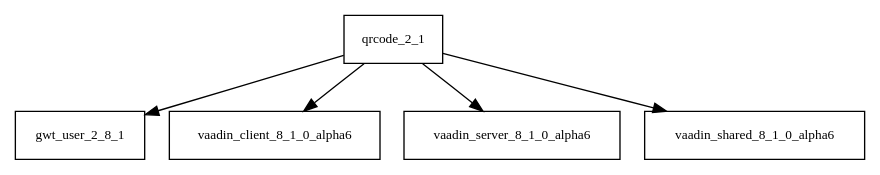
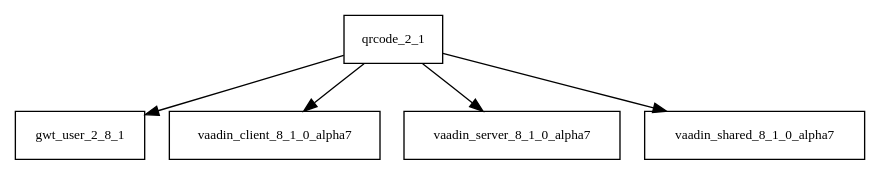
Before and after one commit to AglaianWoman/cia: the diagram in tattleTaleReport/graphviz/qrcode-2.1.jar/qrcode-2.1.jar.dot, drawn with Graphviz. The commit also changed 1067 other files, not shown here.

```diff
--- a/tattleTaleReport/graphviz/qrcode-2.1.jar/qrcode-2.1.jar.dot
+++ b/tattleTaleReport/graphviz/qrcode-2.1.jar/qrcode-2.1.jar.dot
@@ -1,7 +1,7 @@
 digraph qrcode_2_1_dependencies {
   node [shape = box, fontsize=10.0];
   qrcode_2_1 -> gwt_user_2_8_1;
-  qrcode_2_1 -> vaadin_client_8_1_0_alpha6;
-  qrcode_2_1 -> vaadin_server_8_1_0_alpha6;
-  qrcode_2_1 -> vaadin_shared_8_1_0_alpha6;
+  qrcode_2_1 -> vaadin_client_8_1_0_alpha7;
+  qrcode_2_1 -> vaadin_server_8_1_0_alpha7;
+  qrcode_2_1 -> vaadin_shared_8_1_0_alpha7;
 }
```
